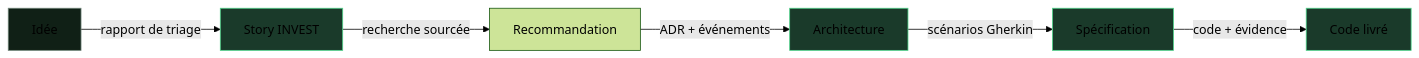
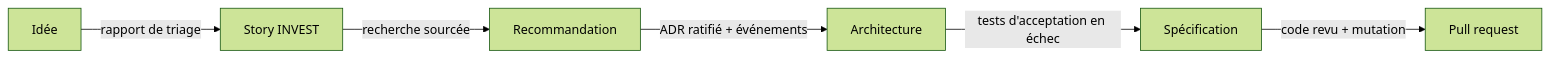
The diagram in docs/site/fr/explanation/pipeline/fil-rouge.md (SebastienDegodez/skraft-plugin), drawn with Mermaid (forest theme) before and after one commit. The commit also changed other lines of this file and 17 other files, not shown here.

````diff
--- a/docs/site/fr/explanation/pipeline/fil-rouge.md
+++ b/docs/site/fr/explanation/pipeline/fil-rouge.md
@@ -27,13 +27,8 @@
 ```mermaid
 graph LR
     A[Idée] -->|rapport de triage| B[Story INVEST]
     B -->|recherche sourcée| R[Recommandation]
-    R -->|ADR + événements| C[Architecture]
-    C -->|scénarios Gherkin| D[Spécification]
-    D -->|code + évidence| E[Code livré]
-    style A fill:#102016,stroke:#6f8478
-    style B fill:#1a3a2a,stroke:#4ed58a
-    style C fill:#1a3a2a,stroke:#4ed58a
-    style D fill:#1a3a2a,stroke:#4ed58a
-    style E fill:#1a3a2a,stroke:#4ed58a
+    R -->|ADR ratifié + événements| C[Architecture]
+    C -->|tests d'acceptation en échec| D[Spécification]
+    D -->|code revu + mutation| E[Pull request]
 ```
````
